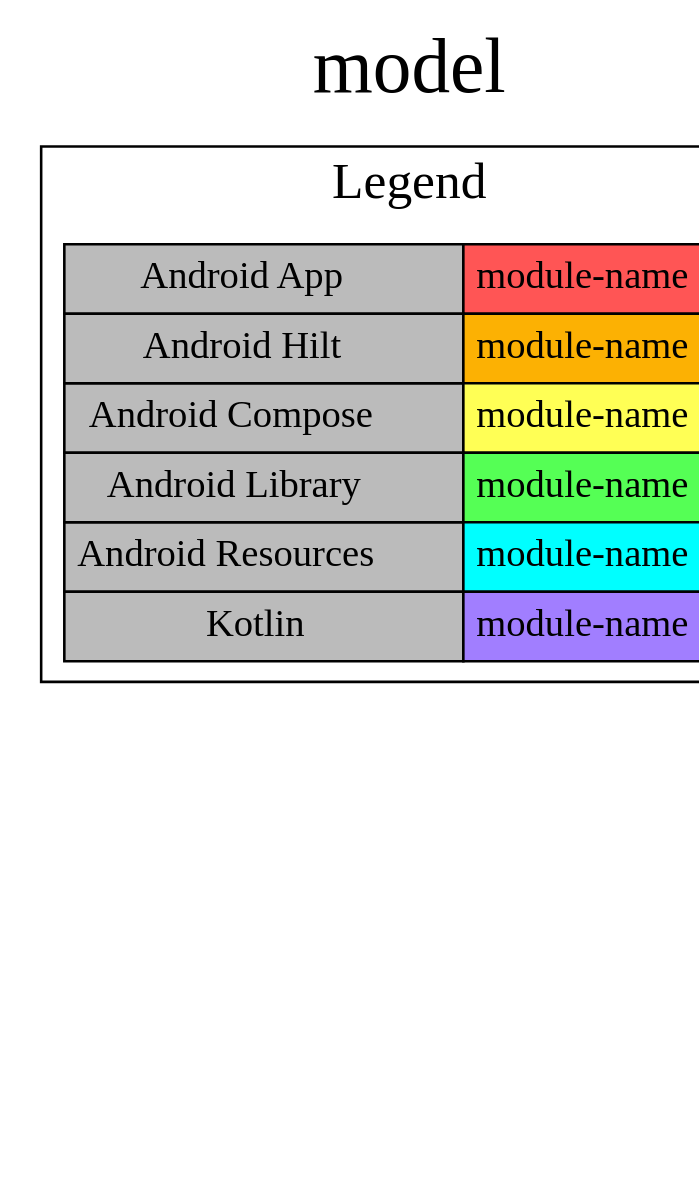
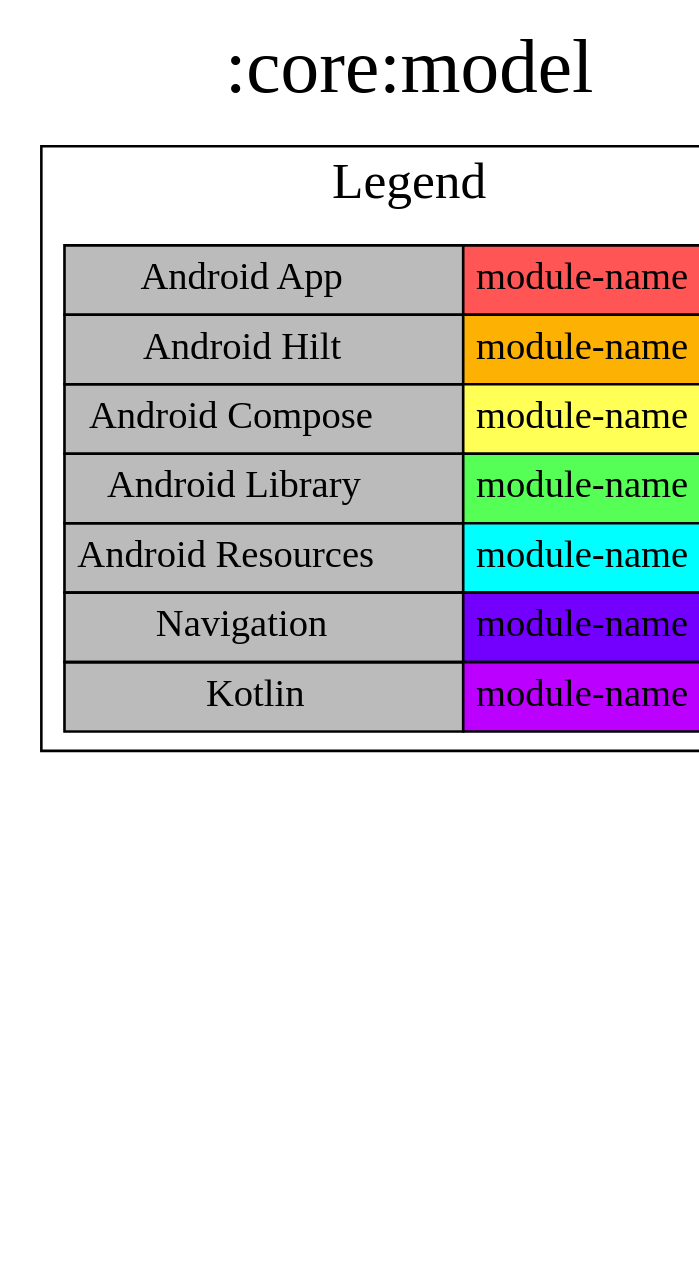
The diagram in modules/core/model/project-dependency-graph.dot (jonapoul/nasa-android), drawn with Graphviz before and after one commit. The commit also changed 162 other files, not shown here.

```diff
--- a/modules/core/model/project-dependency-graph.dot
+++ b/modules/core/model/project-dependency-graph.dot
@@ -1,24 +1,25 @@
 digraph {
 edge ["dir"="forward"]
-graph ["dpi"="100","label"="model","labelloc"="t","fontsize"="30","ranksep"="2.5","rankdir"="TB"]
+graph ["dpi"="100","label"=":core:model","labelloc"="t","fontsize"="30","ranksep"="2.5","rankdir"="TB"]
 node ["style"="filled"]
-":core:model" ["fillcolor"="#A17EFF","shape"="box"]
+":core:model" ["fillcolor"="#BB00FF","shape"="box"]
 {
 edge ["dir"="none"]
 graph ["rank"="same"]
 }
 subgraph "cluster_legend" {
 edge ["dir"="none"]
 graph ["label"="Legend","fontsize"="20"]
 "Legend" ["style"="filled","fillcolor"="#bbbbbb","shape"="none","margin"="0","fontsize"="15","label"=<
 <TABLE BORDER="0" CELLBORDER="1" CELLSPACING="0" CELLPADDING="4">
 <TR><TD>Android App</TD><TD BGCOLOR="#FF5555">module-name</TD></TR>
 <TR><TD>Android Hilt</TD><TD BGCOLOR="#FCB103">module-name</TD></TR>
 <TR><TD>Android Compose</TD><TD BGCOLOR="#FFFF55">module-name</TD></TR>
 <TR><TD>Android Library</TD><TD BGCOLOR="#55FF55">module-name</TD></TR>
 <TR><TD>Android Resources</TD><TD BGCOLOR="#00FFFF">module-name</TD></TR>
-<TR><TD>Kotlin</TD><TD BGCOLOR="#A17EFF">module-name</TD></TR>
+<TR><TD>Navigation</TD><TD BGCOLOR="#7300FF">module-name</TD></TR>
+<TR><TD>Kotlin</TD><TD BGCOLOR="#BB00FF">module-name</TD></TR>
 </TABLE>
 >]
 } -> ":core:model" ["style"="invis"]
 }
```
